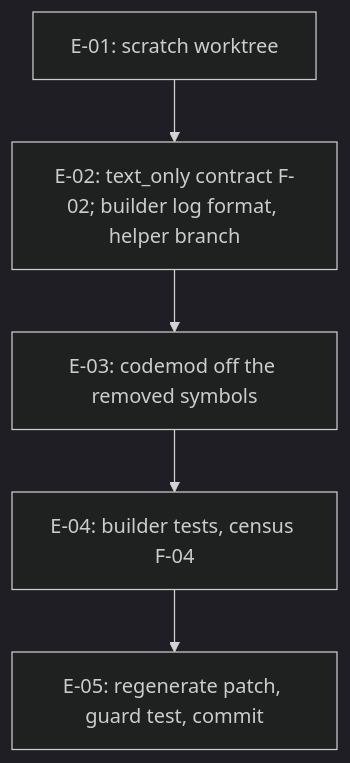
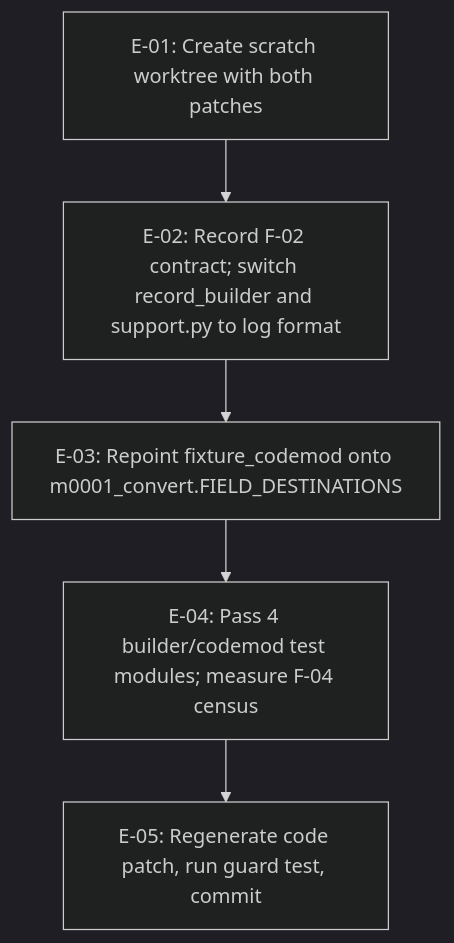
The diagram in .aw/records/plans/pending/20261125-metastore-306-89mtbl-switch-the-shared-test-record-builder-and-codemod-to-the-log.ipd.md (fariello/agent-workflows), drawn with Mermaid (dark theme) before and after one commit. The commit also changed other lines of this file and 1 other file, not shown here.

````diff
--- a/.aw/records/plans/pending/20261125-metastore-306-89mtbl-switch-the-shared-test-record-builder-and-codemod-to-the-log.ipd.md
+++ b/.aw/records/plans/pending/20261125-metastore-306-89mtbl-switch-the-shared-test-record-builder-and-codemod-to-the-log.ipd.md
@@ -93,7 +108,7 @@
 ```mermaid
 flowchart TD
-    E01["E-01: scratch worktree"] --> E02["E-02: text_only contract F-02; builder log format, helper branch"]
-    E02 --> E03["E-03: codemod off the removed symbols"]
-    E03 --> E04["E-04: builder tests, census F-04"]
-    E04 --> E05["E-05: regenerate patch, guard test, commit"]
+    E01["E-01: Create scratch worktree with both patches"] --> E02["E-02: Record F-02 contract; switch record_builder and support.py to log format"]
+    E02 --> E03["E-03: Repoint fixture_codemod onto m0001_convert.FIELD_DESTINATIONS"]
+    E03 --> E04["E-04: Pass 4 builder/codemod test modules; measure F-04 census"]
+    E04 --> E05["E-05: Regenerate code patch, run guard test, commit"]
 ```
````
